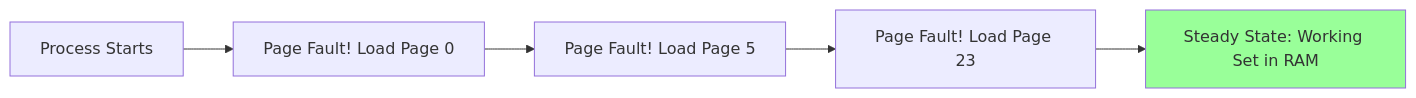
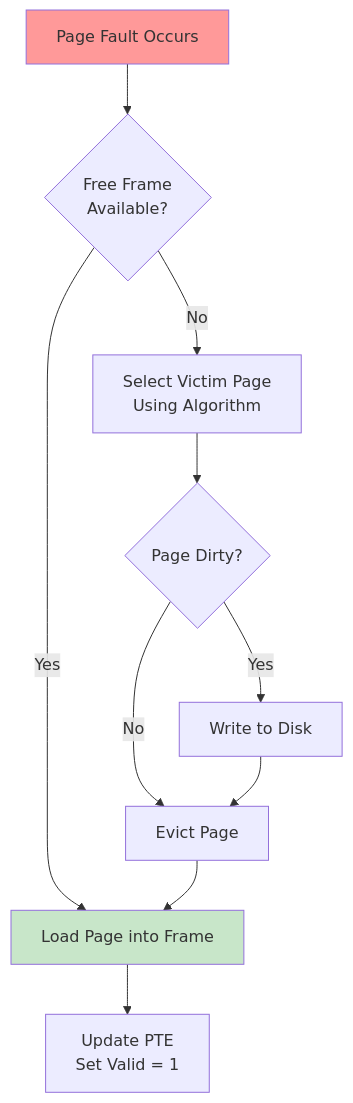
One commit to Nathan0820/vault changed the eighth of 18 diagrams in content/CS2106/L9.md. Above: the diagram before and after it, drawn with Mermaid. The commit also changed other lines of this file and 2 other files, not shown here.

````diff
--- a/content/CS2106/L9.md
+++ b/content/CS2106/L9.md
@@ -153,9 +532,15 @@
 ```mermaid
-flowchart LR
-    Start[Process Starts] --> Fault1[Page Fault! Load Page 0]
-    Fault1 --> Fault2[Page Fault! Load Page 5]
-    Fault2 --> Fault3[Page Fault! Load Page 23]
-    Fault3 --> Steady[Steady State: Working Set in RAM]
+flowchart TD
+    PF[Page Fault Occurs] --> Free{Free Frame<br/>Available?}
+    Free -- "Yes" --> Load[Load Page into Frame]
+    Free -- "No" --> Select[Select Victim Page<br/>Using Algorithm]
+    Select --> Dirty{Page Dirty?}
+    Dirty -- "Yes" --> Write[Write to Disk]
+    Dirty -- "No" --> Evict[Evict Page]
+    Write --> Evict
+    Evict --> Load
+    Load --> Update[Update PTE<br/>Set Valid = 1]
 
-    style Steady fill:#99ff99
+    style PF fill:#ff9999
+    style Load fill:#c8e6c9
 ```
````
